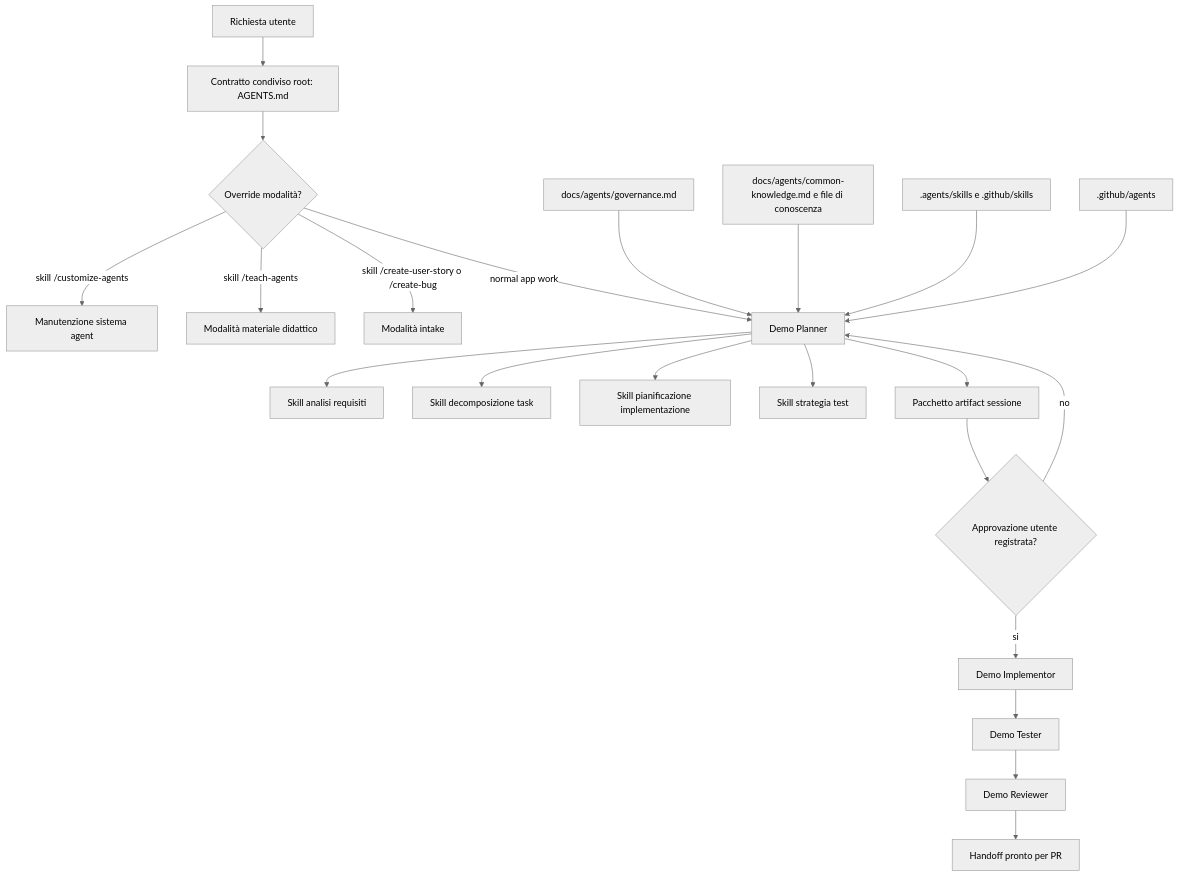
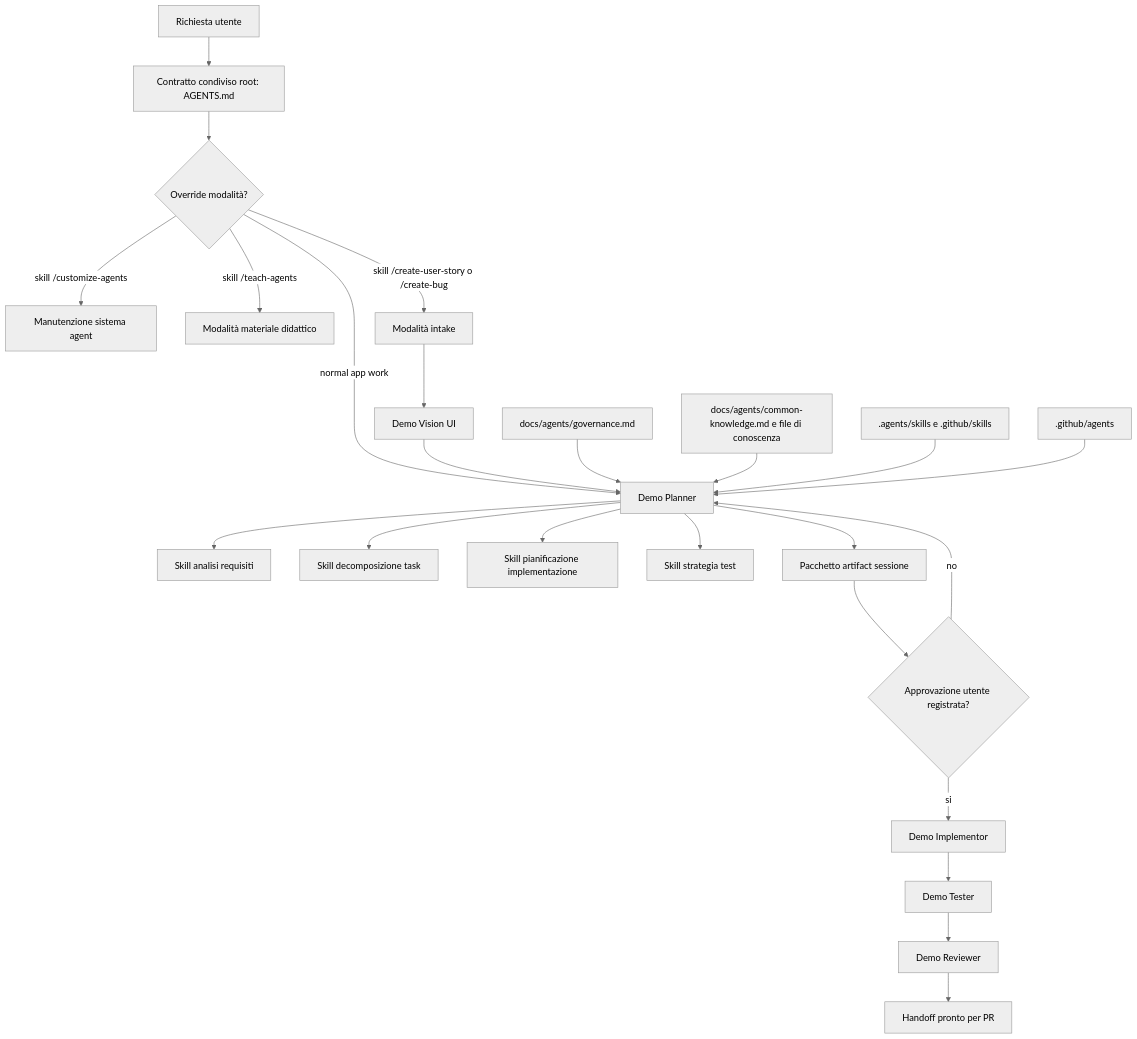
The diagram in Teaching/system-map.md (violabg/serviceDeskDemo), drawn with Mermaid (neutral theme) before and after one commit. The commit also changed other lines of this file and 14 other files, not shown here.

````diff
--- a/Teaching/system-map.md
+++ b/Teaching/system-map.md
@@ -7,28 +7,30 @@
 ```mermaid
 flowchart TD
   User[Richiesta utente] --> Root[Contratto condiviso root: AGENTS.md]
   Root --> Mode{Override modalità?}
   Mode -->|skill /customize-agents| AgentMaintenance[Manutenzione sistema agent]
   Mode -->|skill /teach-agents| Teaching[Modalità materiale didattico]
   Mode -->|skill /create-user-story o /create-bug| Intake[Modalità intake]
   Mode -->|normal app work| Planner[Demo Planner]
 
+  Intake --> Vision[Demo Vision UI]
+  Vision --> Planner
   Planner --> Requirements[Skill analisi requisiti]
   Planner --> Tasks[Skill decomposizione task]
   Planner --> Plan[Skill pianificazione implementazione]
   Planner --> TestPlan[Skill strategia test]
   Planner --> Artifacts[Pacchetto artifact sessione]
 
   Artifacts --> Approval{Approvazione utente registrata?}
   Approval -->|si| Implementor[Demo Implementor]
   Approval -->|no| Planner
 
   Implementor --> Tester[Demo Tester]
   Tester --> Reviewer[Demo Reviewer]
   Reviewer --> PRReady[Handoff pronto per PR]
 
   Governance[docs/agents/governance.md] --> Planner
   Knowledge[docs/agents/common-knowledge.md e file di conoscenza] --> Planner
   Skills[.agents/skills e .github/skills] --> Planner
   Agents[.github/agents] --> Planner
 ```
````
